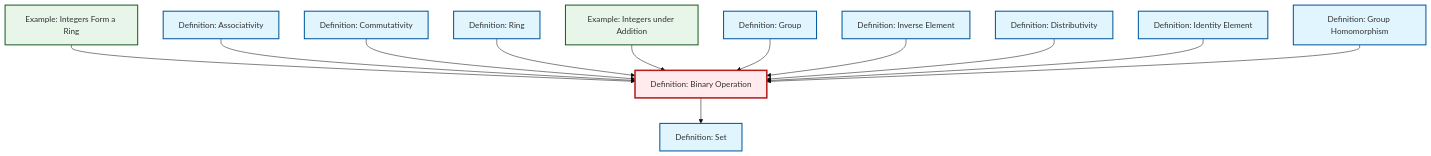
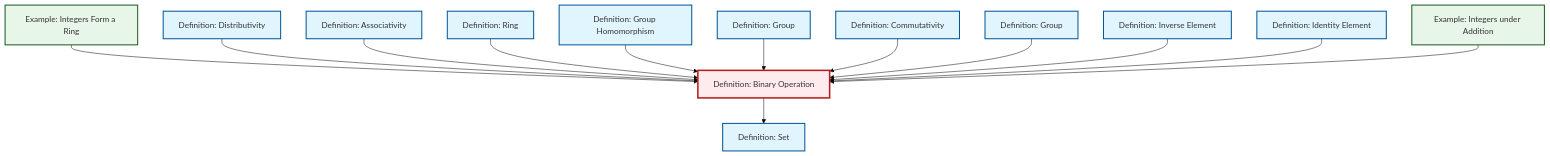
One commit to RK0429/ModernMath changed the diagram in content/en/algebra/def-binary-operation.qmd. Above: the diagram before and after it, drawn with Mermaid (base theme). The commit also changed 511 other files, not shown here.

````diff
--- a/content/en/algebra/def-binary-operation.qmd
+++ b/content/en/algebra/def-binary-operation.qmd
@@ -52,45 +52,35 @@
 ```{mermaid}
 %%| fig-cap: "Local dependency graph"
 graph TD
     classDef definition fill:#e1f5fe,stroke:#01579b,stroke-width:2px
     classDef theorem fill:#f3e5f5,stroke:#4a148c,stroke-width:2px
     classDef axiom fill:#fff3e0,stroke:#e65100,stroke-width:2px
     classDef example fill:#e8f5e9,stroke:#1b5e20,stroke-width:2px
     classDef current fill:#ffebee,stroke:#b71c1c,stroke-width:3px
+    def-homomorphism["Definition: Group Homomorphism"]:::definition
+    def-inverse-element["Definition: Inverse Element"]:::definition
+    def-distributivity["Definition: Distributivity"]:::definition
+    def-binary-operation["Definition: Binary Operation"]:::definition
+    def-ring["Definition: Ring"]:::definition
     def-group["Definition: Group"]:::definition
-    def-identity-element["Definition: Identity Element"]:::definition
-    def-binary-operation["Definition: Binary Operation"]:::definition
-    def-commutativity["Definition: Commutativity"]:::definition
-    def-ring["Definition: Ring"]:::definition
-    def-inverse-element["Definition: Inverse Element"]:::definition
-    def-set["Definition: Set"]:::definition
-    def-homomorphism["Definition: Group Homomorphism"]:::definition
     ex-integers-addition["Example: Integers under Addition"]:::example
     ex-integers-ring["Example: Integers Form a Ring"]:::example
-    def-distributivity["Definition: Distributivity"]:::definition
     def-associativity["Definition: Associativity"]:::definition
+    def-identity-element["Definition: Identity Element"]:::definition
+    def-commutativity["Definition: Commutativity"]:::definition
+    def-set["Definition: Set"]:::definition
+    def-group-example["Definition: Group"]:::definition
     ex-integers-ring --> def-binary-operation
+    def-distributivity --> def-binary-operation
     def-associativity --> def-binary-operation
+    def-ring --> def-binary-operation
+    def-homomorphism --> def-binary-operation
+    def-group --> def-binary-operation
     def-commutativity --> def-binary-operation
-    def-ring --> def-binary-operation
+    def-binary-operation --> def-set
+    def-group-example --> def-binary-operation
+    def-inverse-element --> def-binary-operation
+    def-identity-element --> def-binary-operation
     ex-integers-addition --> def-binary-operation
-    def-group --> def-binary-operation
-    def-binary-operation --> def-set
-    def-inverse-element --> def-binary-operation
-    def-distributivity --> def-binary-operation
-    def-identity-element --> def-binary-operation
-    def-homomorphism --> def-binary-operation
     class def-binary-operation current
-
-    click def-group "def-group.html" "Go to Group definition"
-    click def-identity-element "def-identity-element.html" "Go to Identity Element definition"
-    click def-commutativity "def-commutativity.html" "Go to Commutativity definition"
-    click def-ring "def-ring.html" "Go to Ring definition"
-    click def-inverse-element "def-inverse-element.html" "Go to Inverse Element definition"
-    click def-set "def-set.html" "Go to Set definition"
-    click def-homomorphism "def-homomorphism.html" "Go to Group Homomorphism definition"
-    click ex-integers-addition "ex-integers-addition.html" "Go to Integers under Addition example"
-    click ex-integers-ring "ex-integers-ring.html" "Go to Integers Form a Ring example"
-    click def-distributivity "def-distributivity.html" "Go to Distributivity definition"
-    click def-associativity "def-associativity.html" "Go to Associativity definition"
 ```
````
